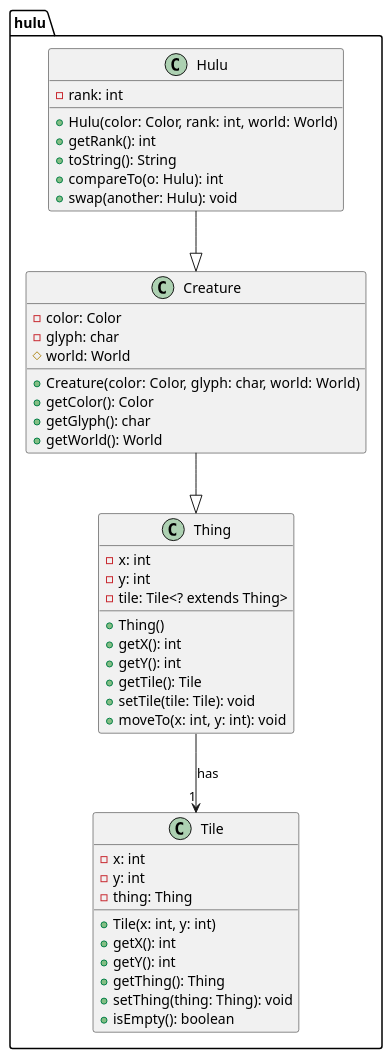
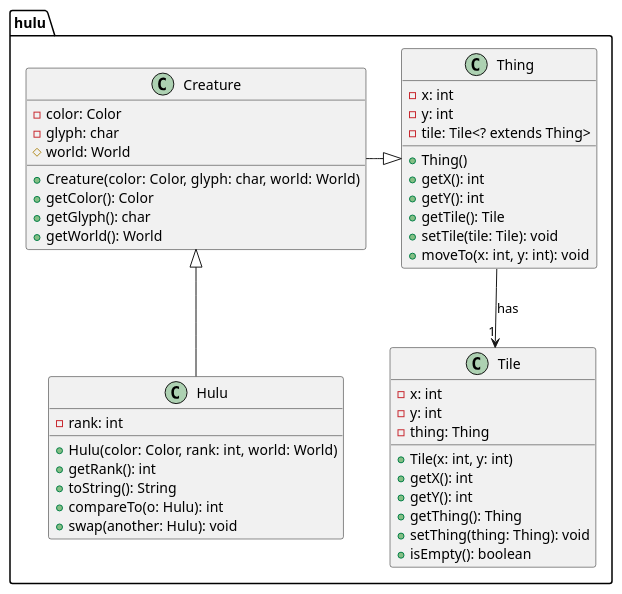
One commit to Kamin-y/j01 changed the diagram in uml/hulu-class.puml. Above: the diagram before and after it, drawn with PlantUML. The commit also changed 1 other file, not shown here.

Commit message:
update uml

```diff
--- a/uml/hulu-class.puml
+++ b/uml/hulu-class.puml
@@ -1,52 +1,52 @@
 @startuml
 package "hulu" {
 
     class Thing {
         -x: int
         -y: int
         -tile: Tile<? extends Thing>
         +Thing()
         +getX(): int
         +getY(): int
         +getTile(): Tile
         +setTile(tile: Tile): void
         +moveTo(x: int, y: int): void
     }
 
     class Creature {
         -color: Color
         -glyph: char
         #world: World
         +Creature(color: Color, glyph: char, world: World)
         +getColor(): Color
         +getGlyph(): char
         +getWorld(): World
     }
 
     class Hulu {
         -rank: int
         +Hulu(color: Color, rank: int, world: World)
         +getRank(): int
         +toString(): String
         +compareTo(o: Hulu): int
         +swap(another: Hulu): void
     }
     class Tile{
         -x: int
         -y: int
         -thing: Thing
         +Tile(x: int, y: int)
         +getX(): int
         +getY(): int
         +getThing(): Thing
         +setThing(thing: Thing): void
         +isEmpty(): boolean
     }
 
-    Creature --|> Thing
-    Hulu --|> Creature
+    Creature -right-|> Thing
+    Hulu -up-|> Creature
     Thing --> "1" Tile : has
 
 }
 
 @enduml
```
